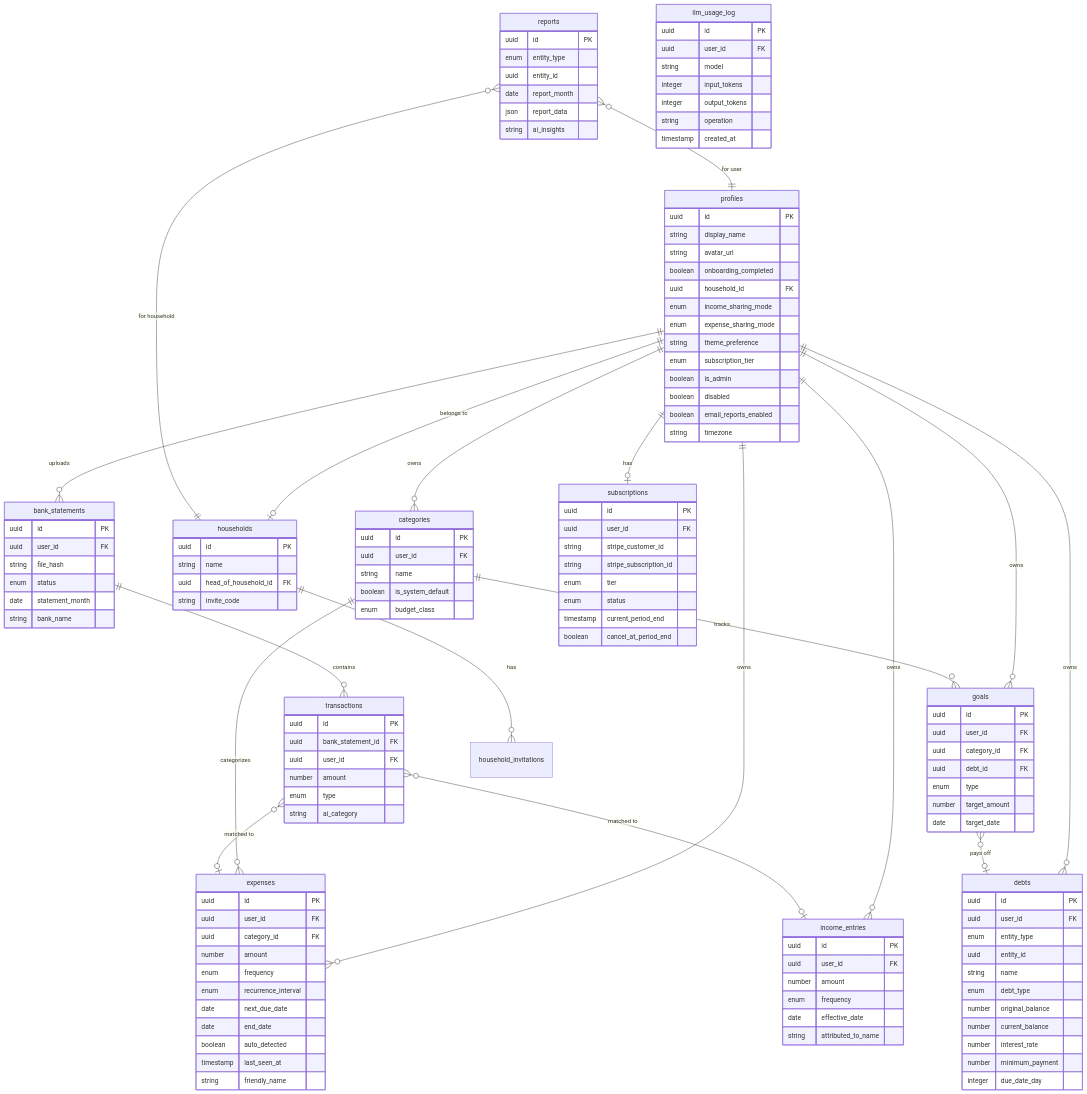
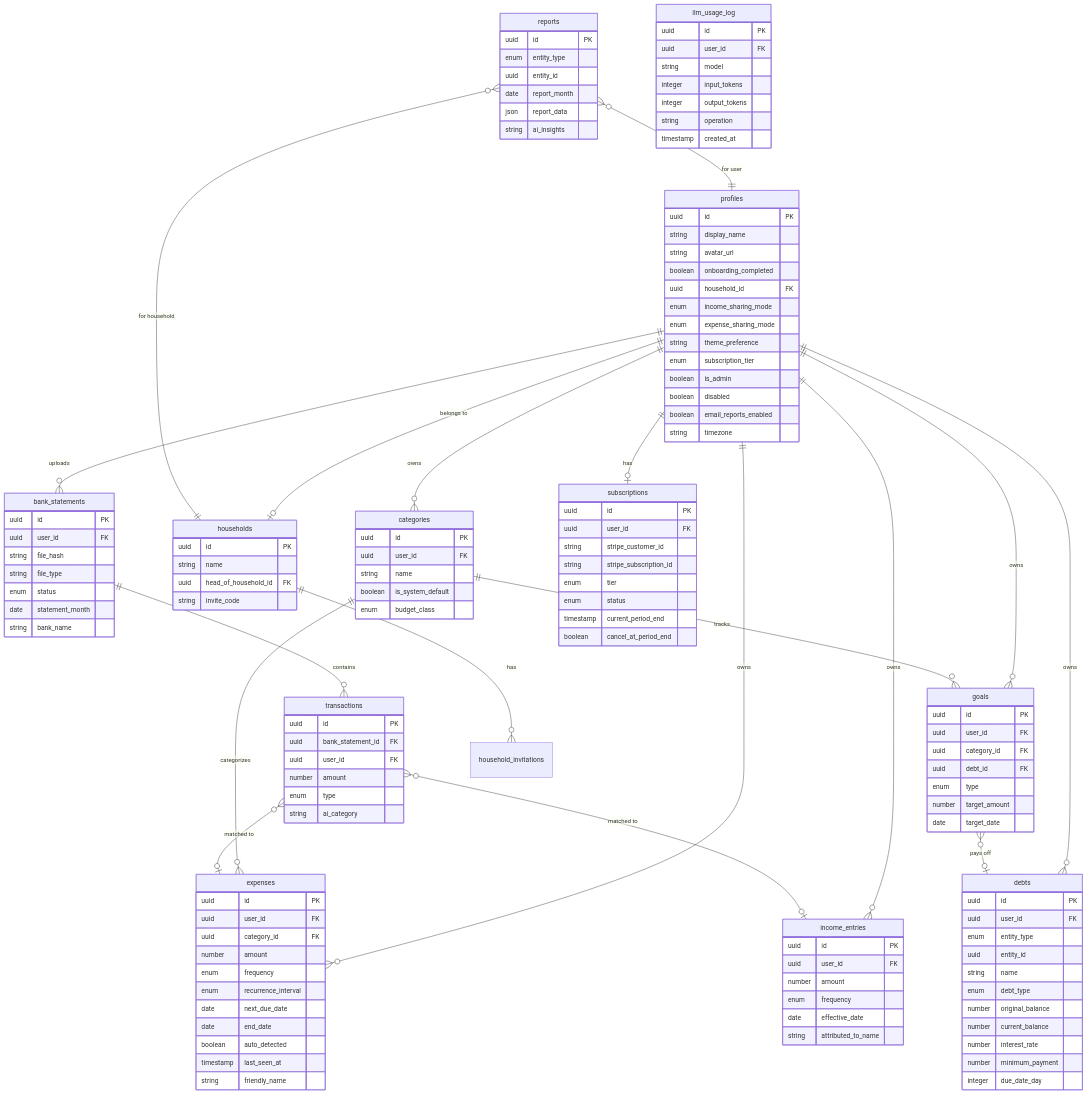
Before and after one commit to mjmitchell86/Spendoza: the tenth of 12 diagrams in README.md, drawn with Mermaid. The commit also changed other lines of this file and 2 other files, not shown here.

```diff
--- a/README.md
+++ b/README.md
@@ -653,6 +655,7 @@
         uuid id PK
         uuid user_id FK
         string file_hash
+        string file_type
         enum status
         date statement_month
         string bank_name
```
